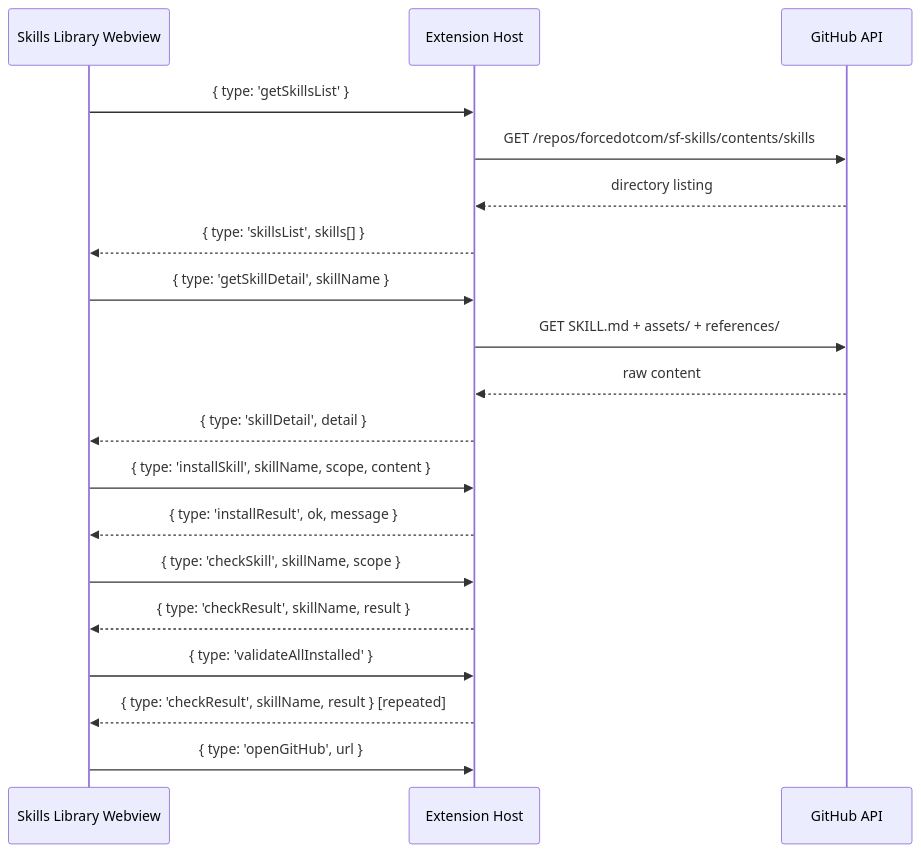
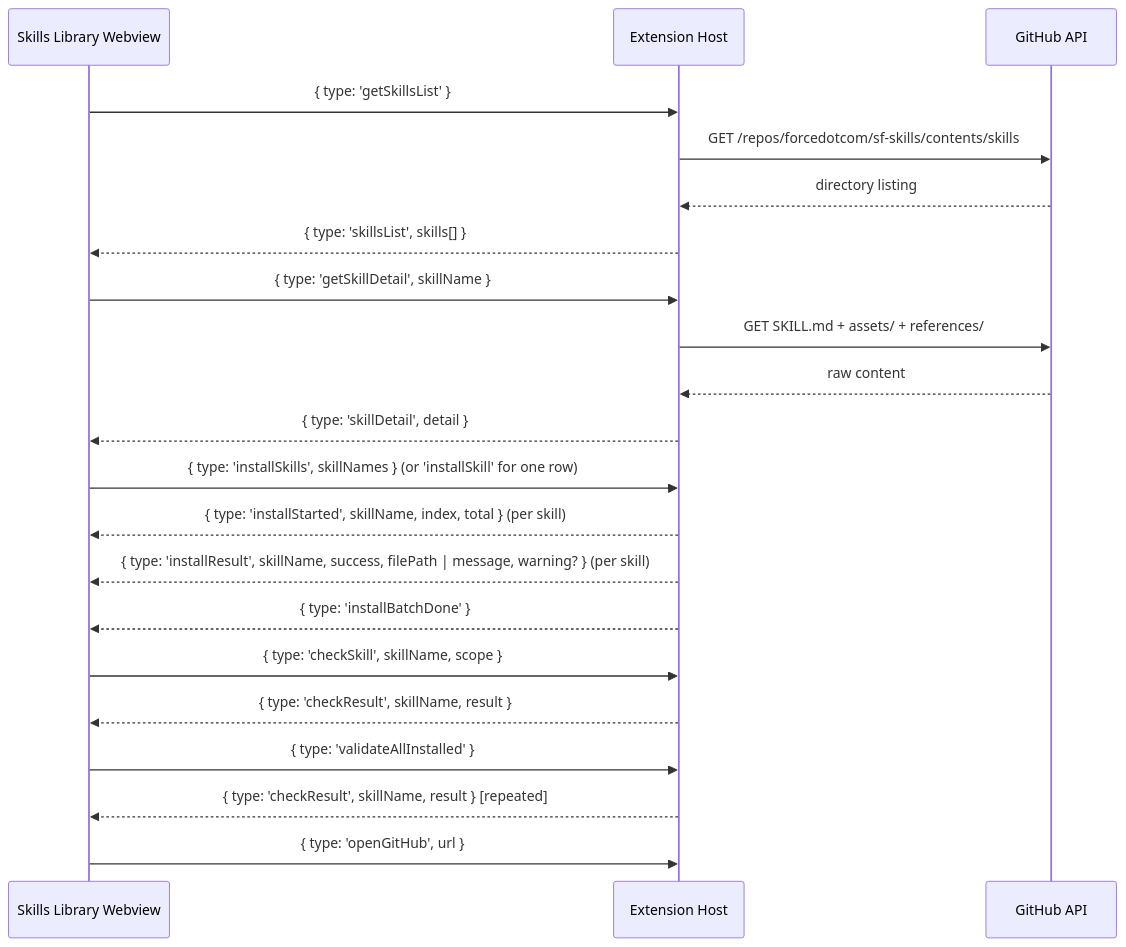
The fifth of 13 diagrams in SOFTWARE_ARCHITECTURE.md (alcabon/salesforce-copilot-inspector), drawn with Mermaid before and after one commit. The commit also changed other lines of this file and 6 other files, not shown here.

First line of the commit message:
version 0.3.0 — Skill Usage Monitor, category help, skill install fixes

````diff
--- a/SOFTWARE_ARCHITECTURE.md
+++ b/SOFTWARE_ARCHITECTURE.md
@@ -263,27 +264,29 @@
 ```mermaid
 sequenceDiagram
     participant WV as Skills Library Webview
     participant EH as Extension Host
     participant GH as GitHub API
 
     WV->>EH: { type: 'getSkillsList' }
     EH->>GH: GET /repos/forcedotcom/sf-skills/contents/skills
     GH-->>EH: directory listing
     EH-->>WV: { type: 'skillsList', skills[] }
 
     WV->>EH: { type: 'getSkillDetail', skillName }
     EH->>GH: GET SKILL.md + assets/ + references/
     GH-->>EH: raw content
     EH-->>WV: { type: 'skillDetail', detail }
 
-    WV->>EH: { type: 'installSkill', skillName, scope, content }
-    EH-->>WV: { type: 'installResult', ok, message }
+    WV->>EH: { type: 'installSkills', skillNames }  (or 'installSkill' for one row)
+    EH-->>WV: { type: 'installStarted', skillName, index, total }  (per skill)
+    EH-->>WV: { type: 'installResult', skillName, success, filePath | message, warning? }  (per skill)
+    EH-->>WV: { type: 'installBatchDone' }
 
     WV->>EH: { type: 'checkSkill', skillName, scope }
     EH-->>WV: { type: 'checkResult', skillName, result }
 
     WV->>EH: { type: 'validateAllInstalled' }
     EH-->>WV: { type: 'checkResult', skillName, result }  [repeated]
 
     WV->>EH: { type: 'openGitHub', url }
 ```
````
